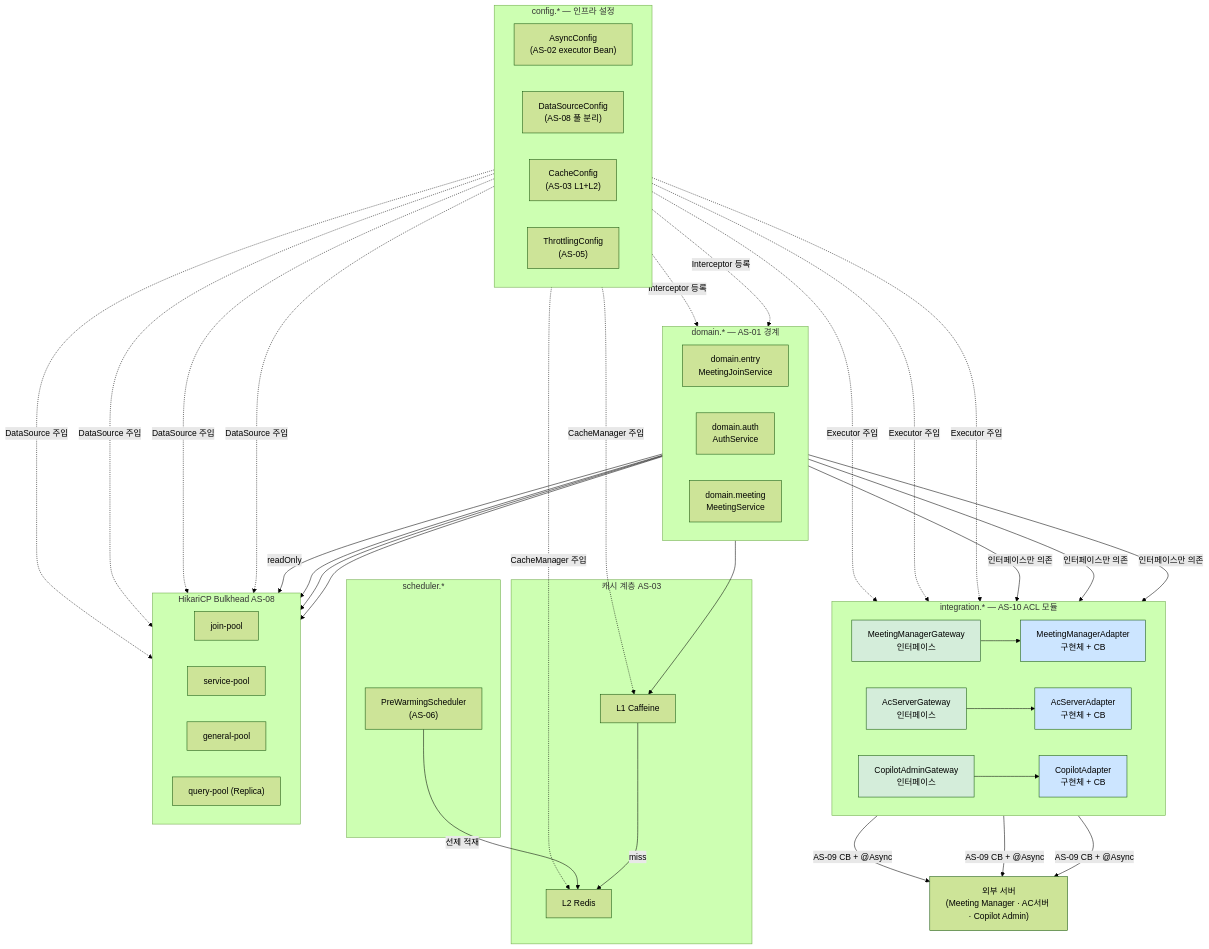
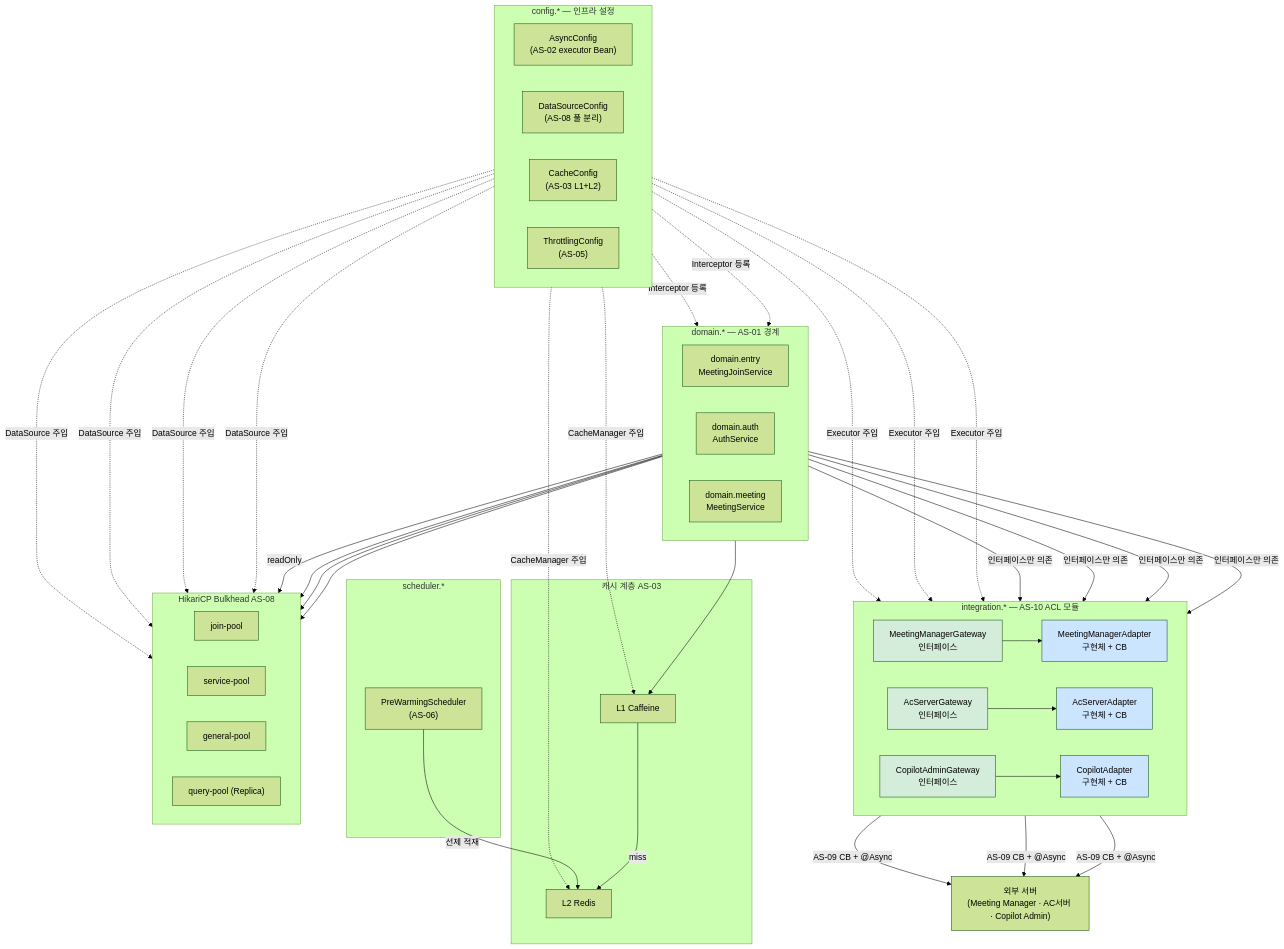
One commit to sujinnkim/A_Personal changed the diagram in docs/05-architecture-design/4.2-execution/4.2.2-module-view/overview.md. Above: the diagram before and after it, drawn with Mermaid (forest theme). The commit also changed 5 other files, not shown here.

```diff
--- a/docs/05-architecture-design/4.2-execution/4.2.2-module-view/overview.md
+++ b/docs/05-architecture-design/4.2-execution/4.2.2-module-view/overview.md
@@ -107,7 +107,7 @@
 
     %% domain → integration 인터페이스 의존 (구현체 직접 참조 금지 — ArchUnit)
     DE -->|"인터페이스만 의존"| MM_GW
-    DA -->|"인터페이스만 의존"| CP_GW
+    DA -->|"인터페이스만 의존"| AC_GW & CP_GW
     DM -->|"인터페이스만 의존"| AC_GW
 
     %% integration 인터페이스 → 구현체
```
